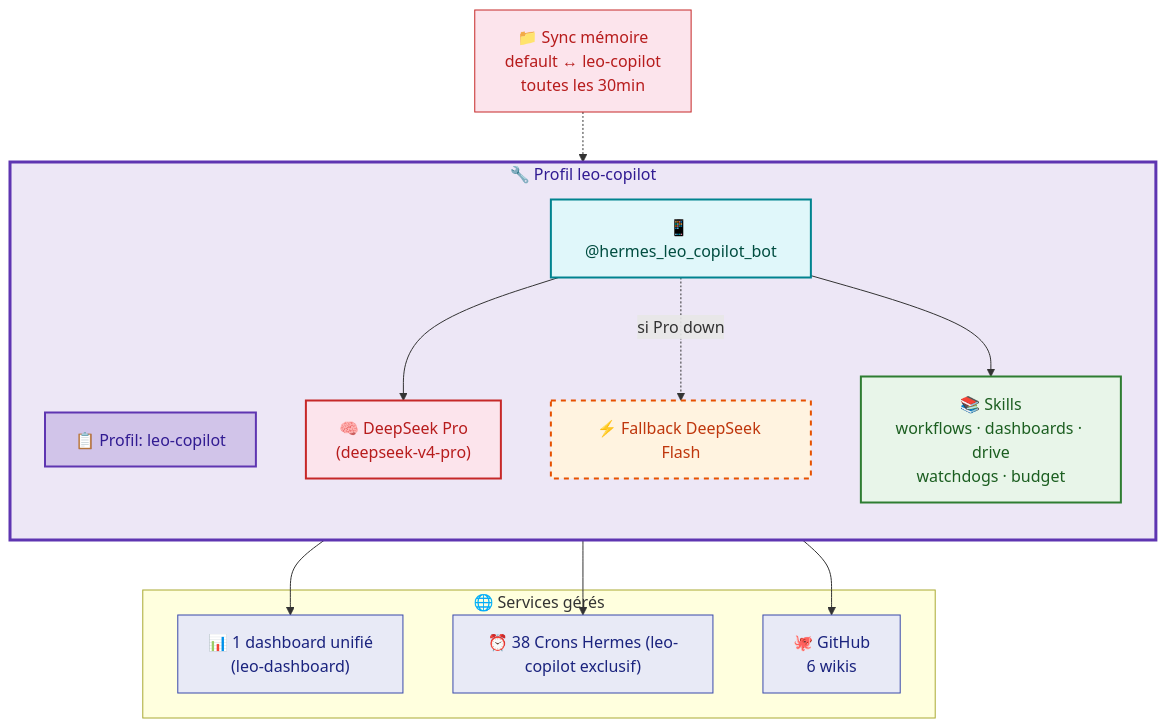
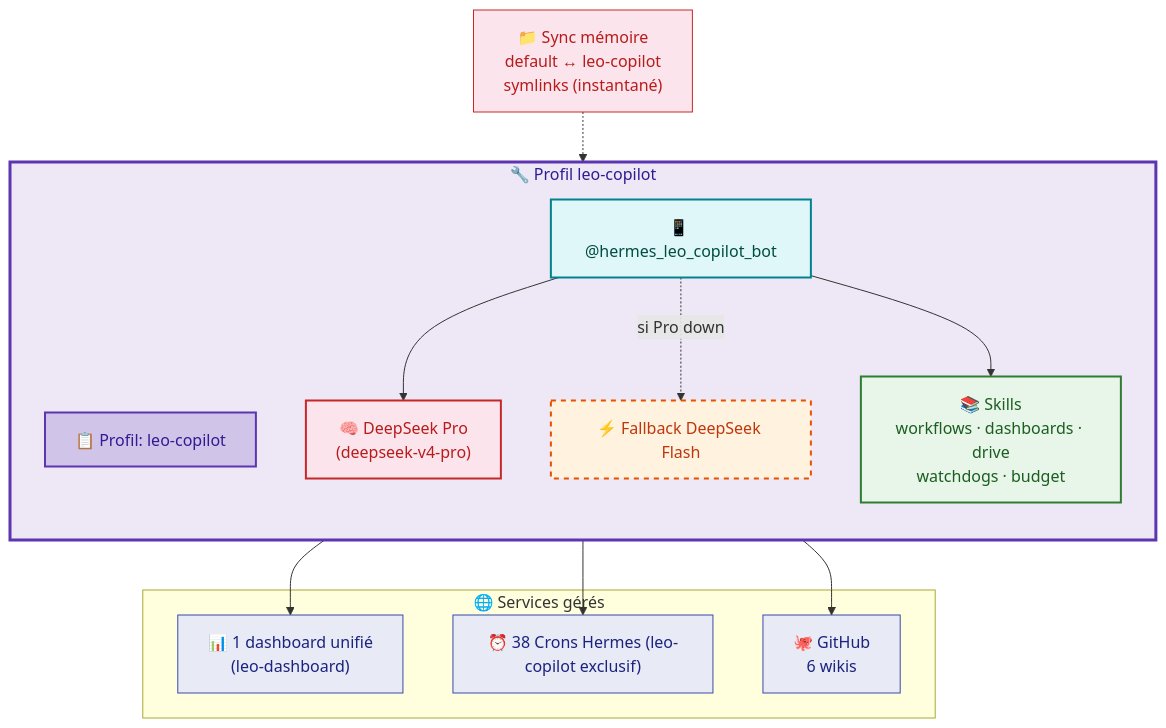
One commit to christophedanhier-hash/hermes-wiki changed the third of 5 diagrams in docs/hermes/architecture-communication.md. Above: the diagram before and after it, drawn with Mermaid. The commit also changed 19 other files, not shown here.

Commit message:
🤖 Audit rédactionnel — 17/07/2026 23:30 (39→39 crons, 4→5 bots, sync-memory→symlinks, 29 patches)

````diff
--- a/docs/hermes/architecture-communication.md
+++ b/docs/hermes/architecture-communication.md
@@ -135,39 +135,39 @@
 ```mermaid
 flowchart TB
     subgraph COPILOT["🔧 Profil leo-copilot"]
         direction TB
         P1["📋 Profil: leo-copilot"]
         B1["📱 @hermes_leo_copilot_bot"]
         M1["🧠 DeepSeek Pro<br/>(deepseek-v4-pro)"]
         F1["⚡ Fallback DeepSeek Flash"]
         SKILLS["📚 Skills<br/>workflows · dashboards · drive<br/>watchdogs · budget"]
     end
 
     subgraph EXTERNE["🌐 Services gérés"]
         DASH["📊 1 dashboard unifié<br/>(leo-dashboard)"]
         CRONS["⏰ 38 Crons Hermes (leo-copilot exclusif)"]
         GH["🐙 GitHub<br/>6 wikis"]
     end
 
-    MEM["📁 Sync mémoire<br/>default ↔ leo-copilot<br/>toutes les 30min"]
+    MEM["📁 Sync mémoire<br/>default ↔ leo-copilot<br/>symlinks (instantané)"]
 
     B1 --> M1
     B1 -.->|"si Pro down"| F1
     B1 --> SKILLS
     MEM -.-> P1
 
     SKILLS --> DASH
     SKILLS --> CRONS
     SKILLS --> GH
 
     style COPILOT fill:#ede7f6,stroke:#5e35b1,stroke-width:3px,color:#311b92
     style P1 fill:#d1c4e9,stroke:#5e35b1,stroke-width:2px,color:#311b92
     style B1 fill:#e0f7fa,stroke:#00838f,stroke-width:2px,color:#004d40
     style M1 fill:#fce4ec,stroke:#c62828,stroke-width:2px,color:#b71c1c
     style F1 fill:#fff3e0,stroke:#e65100,stroke-width:2px,stroke-dasharray:5,color:#bf360c
     style SKILLS fill:#e8f5e9,stroke:#2e7d32,stroke-width:2px,color:#1b5e20
     style MEM fill:#fce4ec,stroke:#c62828,color:#b71c1c
     style DASH fill:#e8eaf6,stroke:#3949ab,color:#1a237e
     style CRONS fill:#e8eaf6,stroke:#3949ab,color:#1a237e
     style GH fill:#e8eaf6,stroke:#3949ab,color:#1a237e
 ```
````
